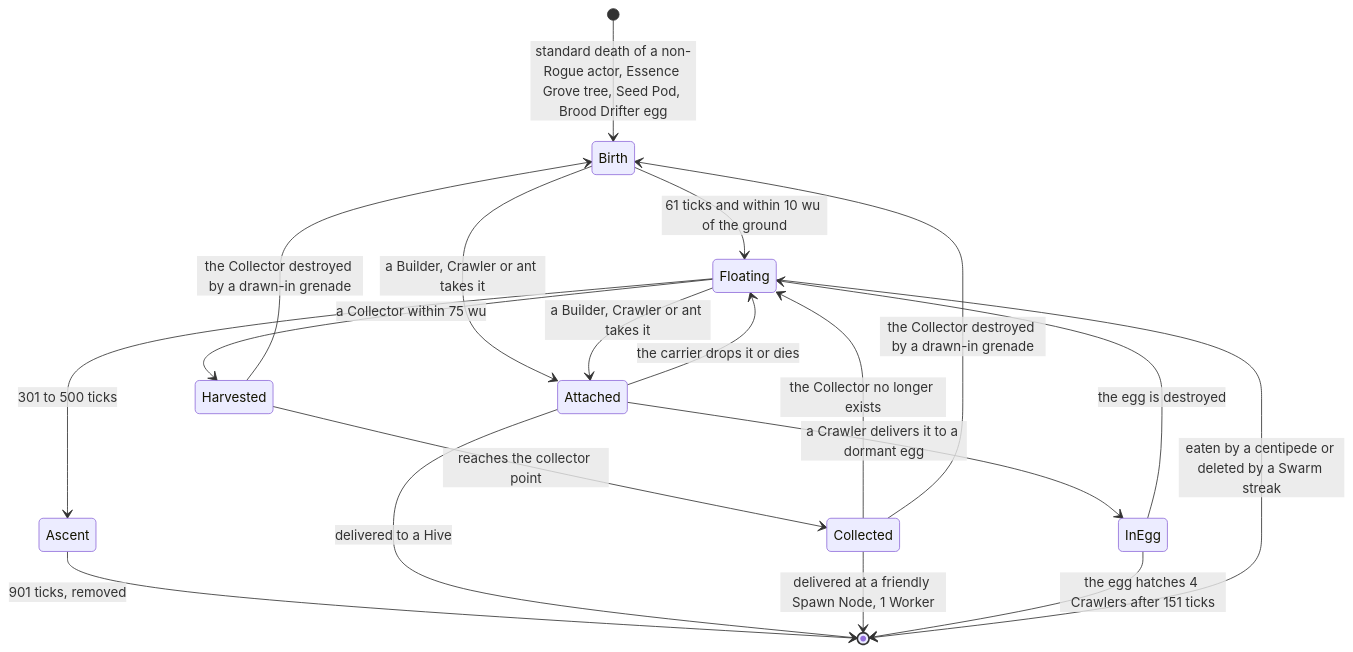
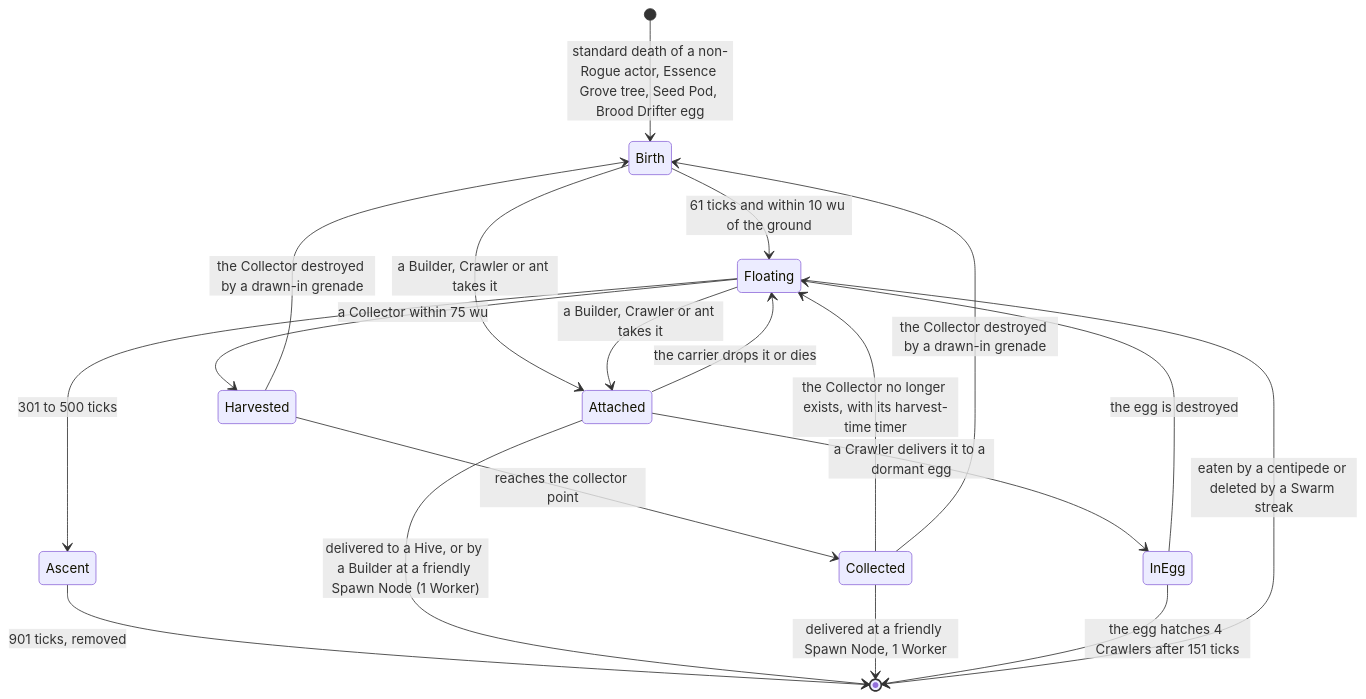
Before and after one commit to Zwaliebaba/Species.AI: the third of 4 diagrams in design_next/reference/05_population_flow.md, drawn with Mermaid. The commit also changed other lines of this file and 99 other files, not shown here.

````diff
--- a/design_next/reference/05_population_flow.md
+++ b/design_next/reference/05_population_flow.md
@@ -597,21 +587,21 @@
 ```mermaid
 stateDiagram-v2
     [*] --> Birth : standard death of a non-Rogue actor, Essence Grove tree, Seed Pod, Brood Drifter egg
     Birth --> Floating : 61 ticks and within 10 wu of the ground
     Floating --> Ascent : 301 to 500 ticks
     Ascent --> [*] : 901 ticks, removed
     Birth --> Attached : a Builder, Crawler or ant takes it
     Floating --> Attached : a Builder, Crawler or ant takes it
     Attached --> Floating : the carrier drops it or dies
     Attached --> InEgg : a Crawler delivers it to a dormant egg
-    Attached --> [*] : delivered to a Hive
+    Attached --> [*] : delivered to a Hive, or by a Builder at a friendly Spawn Node (1 Worker)
     Floating --> Harvested : a Collector within 75 wu
     Harvested --> Collected : reaches the collector point
     Collected --> [*] : delivered at a friendly Spawn Node, 1 Worker
-    Collected --> Floating : the Collector no longer exists
+    Collected --> Floating : the Collector no longer exists, with its harvest-time timer
     Harvested --> Birth : the Collector destroyed by a drawn-in grenade
     Collected --> Birth : the Collector destroyed by a drawn-in grenade
     InEgg --> [*] : the egg hatches 4 Crawlers after 151 ticks
     InEgg --> Floating : the egg is destroyed
     Floating --> [*] : eaten by a centipede or deleted by a Swarm streak
 ```
````
